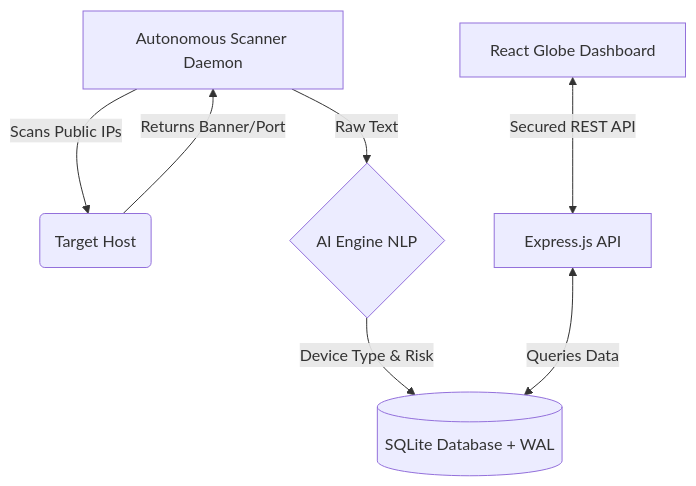
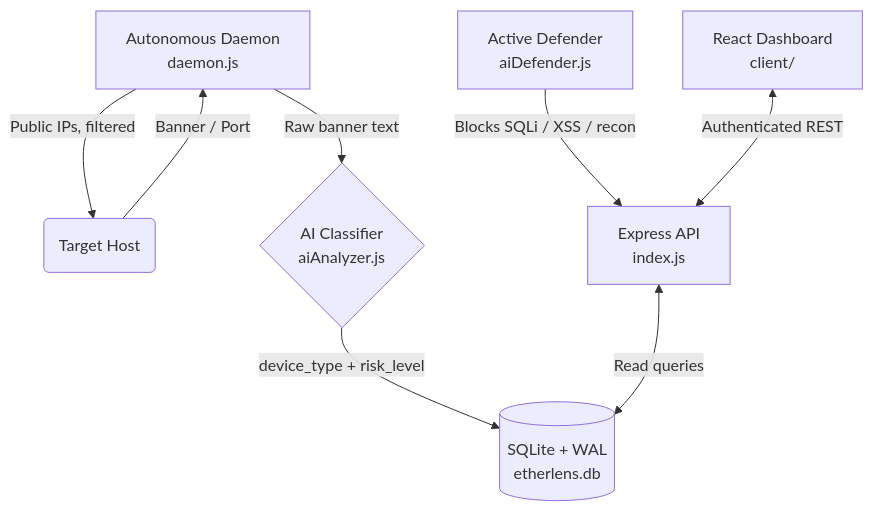
One commit to johnvteixido/etherlens changed the diagram in README.md. Above: the diagram before and after it, drawn with Mermaid. The commit also changed other lines of this file and 9 other files, not shown here.

````diff
--- a/README.md
+++ b/README.md
@@ -29,9 +39,10 @@
 ```mermaid
 graph TD
-    A[Autonomous Scanner Daemon] -->|Scans Public IPs| B(Target Host)
-    B -->|Returns Banner/Port| A
-    A -->|Raw Text| C{AI Engine NLP}
-    C -->|Device Type & Risk| D[(SQLite Database + WAL)]
-    E[Express.js API] <-->|Queries Data| D
-    F[React Globe Dashboard] <-->|Secured REST API| E
+    A[Autonomous Daemon<br/>daemon.js] -->|Public IPs, filtered| B(Target Host)
+    B -->|Banner / Port| A
+    A -->|Raw banner text| C{AI Classifier<br/>aiAnalyzer.js}
+    C -->|device_type + risk_level| D[(SQLite + WAL<br/>etherlens.db)]
+    E[Express API<br/>index.js] <-->|Read queries| D
+    F["Active Defender<br/>aiDefender.js"] -->|Blocks SQLi / XSS / recon| E
+    G[React Dashboard<br/>client/] <-->|Authenticated REST| E
 ```
````
